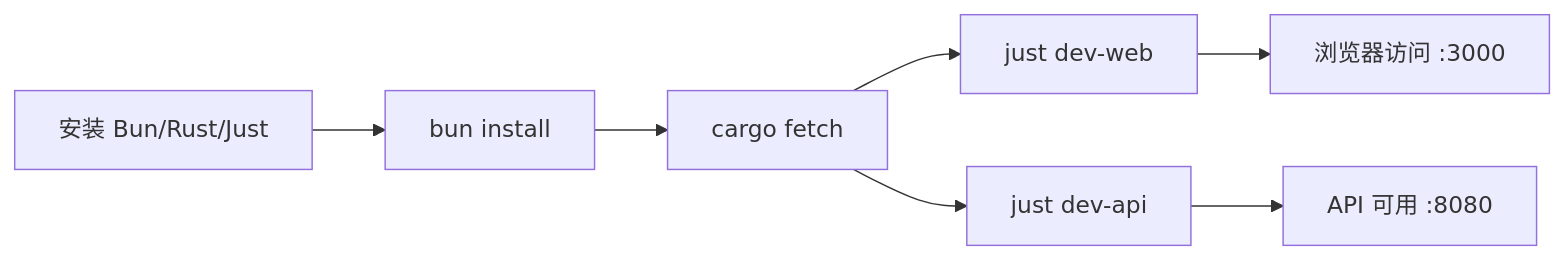
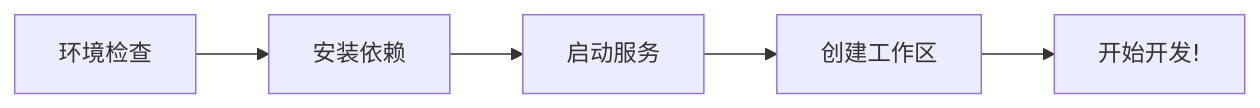
Before and after one commit to AruNi-01/atmos: the first of 2 diagrams in .atmos/wiki/getting-started/quick-start.md, drawn with Mermaid. The commit also changed other lines of this file and 49 other files, not shown here.

````diff
--- a/.atmos/wiki/getting-started/quick-start.md
+++ b/.atmos/wiki/getting-started/quick-start.md
@@ -24,9 +24,7 @@
 ```mermaid
-flowchart LR
-    A[安装 Bun/Rust/Just] --> B[bun install]
-    B --> C[cargo fetch]
-    C --> D[just dev-web]
-    C --> E[just dev-api]
-    D --> F[浏览器访问 :3000]
-    E --> G[API 可用 :8080]
+graph LR
+    A[环境检查] --> B[安装依赖]
+    B --> C[启动服务]
+    C --> D[创建工作区]
+    D --> E[开始开发!]
 ```
````
